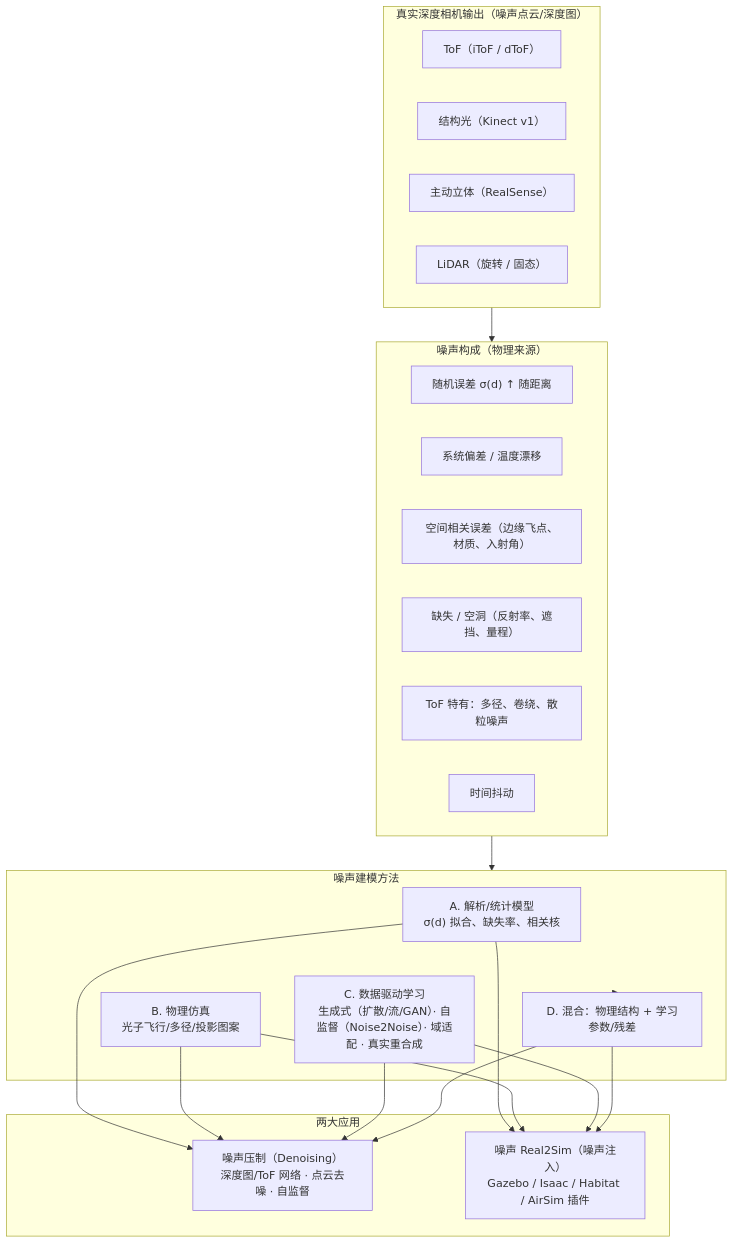
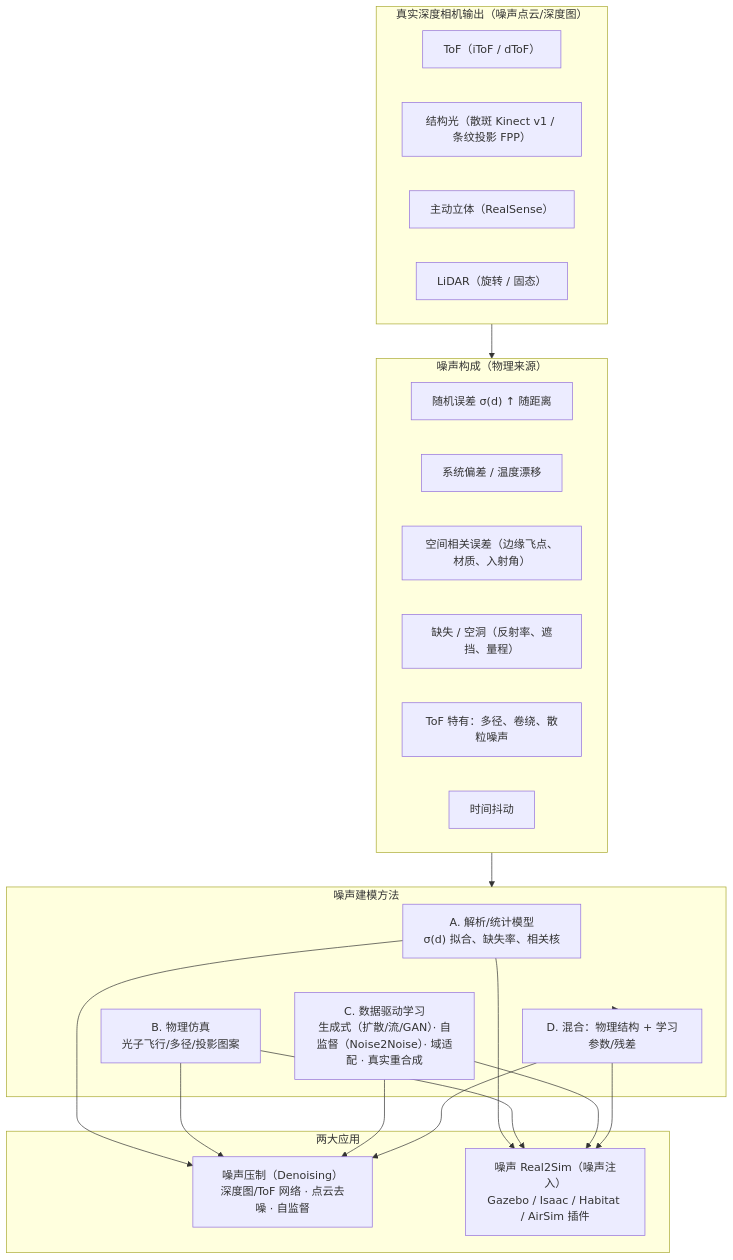
The first of 2 diagrams in docs/taxonomy.md (mingqian0850/awsome_depth_noise), drawn with Mermaid before and after one commit. The commit also changed other lines of this file and 4 other files, not shown here.

Commit message:
Add structured-light (Kinect speckle / FPP / active stereo) noise simulation papers and tools

````diff
--- a/docs/taxonomy.md
+++ b/docs/taxonomy.md
@@ -7,42 +7,42 @@
 ```mermaid
 flowchart TB
     subgraph SRC["真实深度相机输出（噪声点云/深度图）"]
         A1["ToF（iToF / dToF）"]
-        A2["结构光（Kinect v1）"]
+        A2["结构光（散斑 Kinect v1 / 条纹投影 FPP）"]
         A3["主动立体（RealSense）"]
         A4["LiDAR（旋转 / 固态）"]
     end
 
     subgraph NOISE["噪声构成（物理来源）"]
         N1["随机误差 σ(d) ↑ 随距离"]
         N2["系统偏差 / 温度漂移"]
         N3["空间相关误差（边缘飞点、材质、入射角）"]
         N4["缺失 / 空洞（反射率、遮挡、量程）"]
         N5["ToF 特有：多径、卷绕、散粒噪声"]
         N6["时间抖动"]
     end
 
     subgraph MODELS["噪声建模方法"]
         M1["A. 解析/统计模型<br/>σ(d) 拟合、缺失率、相关核"]
         M2["B. 物理仿真<br/>光子飞行/多径/投影图案"]
         M3["C. 数据驱动学习<br/>生成式（扩散/流/GAN）· 自监督（Noise2Noise）· 域适配 · 真实重合成"]
         M4["D. 混合：物理结构 + 学习参数/残差"]
     end
 
     subgraph APPLY["两大应用"]
         APP1["噪声压制（Denoising）<br/>深度图/ToF 网络 · 点云去噪 · 自监督"]
         APP2["噪声 Real2Sim（噪声注入）<br/>Gazebo / Isaac / Habitat / AirSim 插件"]
     end
 
     SRC --> NOISE
     NOISE --> MODELS
     MODELS --> M4
     M1 --> APP1
     M2 --> APP1
     M3 --> APP1
     M4 --> APP1
     M1 --> APP2
     M2 --> APP2
     M3 --> APP2
     M4 --> APP2
 ```
````
